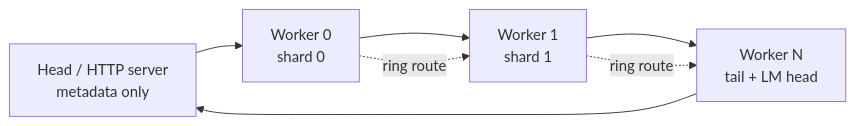
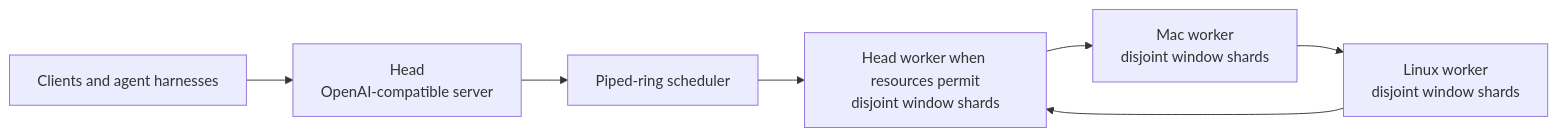
One commit to carl-stone/potluck.cpp changed the diagram in README.md. Above: the diagram before and after it, drawn with Mermaid. The commit also changed other lines of this file and 42 other files, not shown here.

Commit message:
potluck: lock product architecture and local verification

````diff
--- a/README.md
+++ b/README.md
@@ -37,9 +45,9 @@
 ```mermaid
 flowchart LR
-    H[Head / HTTP server<br/>metadata only] --> W0[Worker 0<br/>shard 0]
-    W0 --> W1[Worker 1<br/>shard 1]
-    W1 --> T[Worker N<br/>tail + LM head]
-    T --> H
-    W0 -. ring route .-> W1
-    W1 -. ring route .-> T
+    C[Clients and agent harnesses] --> H[Head<br/>OpenAI-compatible server]
+    H --> R[Piped-ring scheduler]
+    R --> W0[Head worker when resources permit<br/>disjoint window shards]
+    W0 --> W1[Mac worker<br/>disjoint window shards]
+    W1 --> W2[Linux worker<br/>disjoint window shards]
+    W2 --> W0
 ```
````
